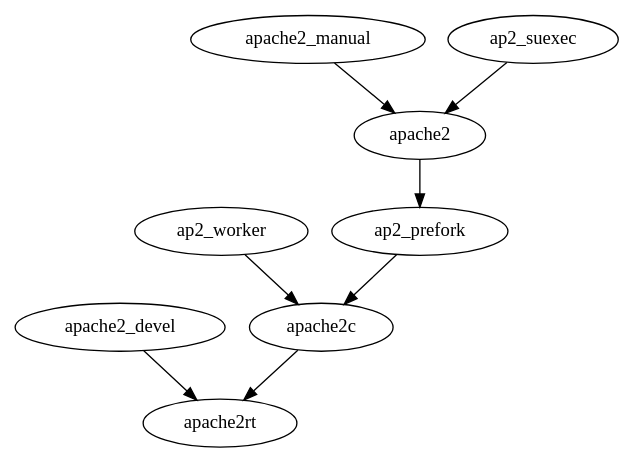
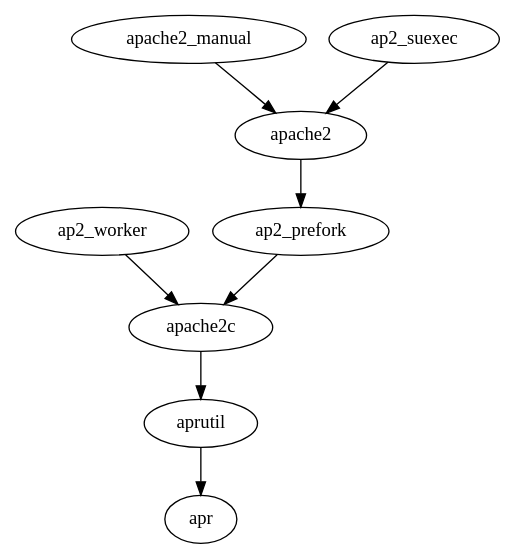
The diagram in csw/trunk/server/apache2/files/ap2dep.dot (dago/opencsw), drawn with Graphviz before and after one commit. The commit also changed 23 other files, not shown here.

```diff
--- a/csw/trunk/server/apache2/files/ap2dep.dot
+++ b/csw/trunk/server/apache2/files/ap2dep.dot
@@ -1,12 +1,11 @@
 digraph csw {
     subgraph core {
         style=filled;
         color=lightgrey;
-        apache2 -> ap2_prefork -> apache2c -> apache2rt;
+        apache2 -> ap2_prefork -> apache2c -> aprutil -> apr;
         label = "core packages";
     }
-    apache2_devel -> apache2rt;
     apache2_manual -> apache2;
     ap2_suexec -> apache2;
     ap2_worker -> apache2c;
 }
```
